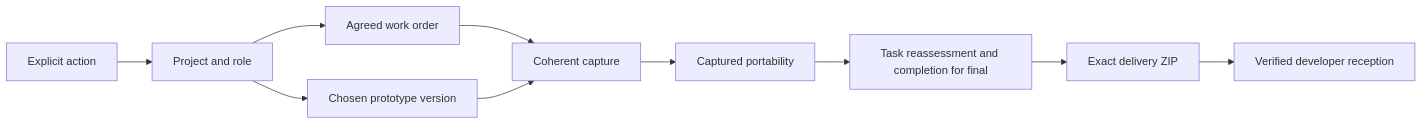
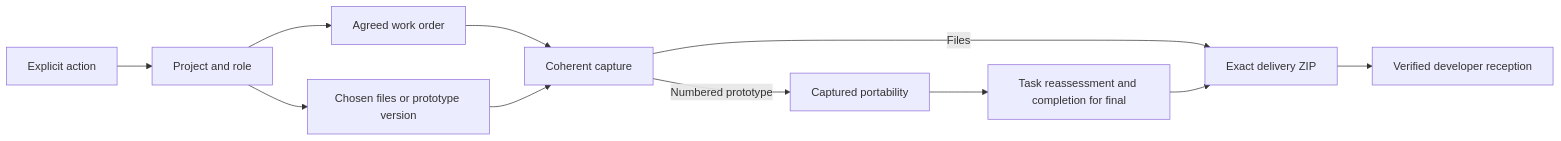
The diagram in docs/architecture/README.md (paalagain/ditl-workspace), drawn with Mermaid before and after one commit. The commit also changed other lines of this file and 93 other files, not shown here.

````diff
--- a/docs/architecture/README.md
+++ b/docs/architecture/README.md
@@ -7,12 +7,13 @@
 ```mermaid
 flowchart LR
   U[Explicit action] --> P[Project and role]
   P --> O[Agreed work order]
-  P --> V[Chosen prototype version]
+  P --> V[Chosen files or prototype version]
   O --> D[Coherent capture]
   V --> D
-  D --> F[Captured portability]
+  D -->|Numbered prototype| F[Captured portability]
+  D -->|Files| Z
   F --> E[Task reassessment and completion for final]
   E --> Z[Exact delivery ZIP]
   Z --> I[Verified developer reception]
 ```
````
